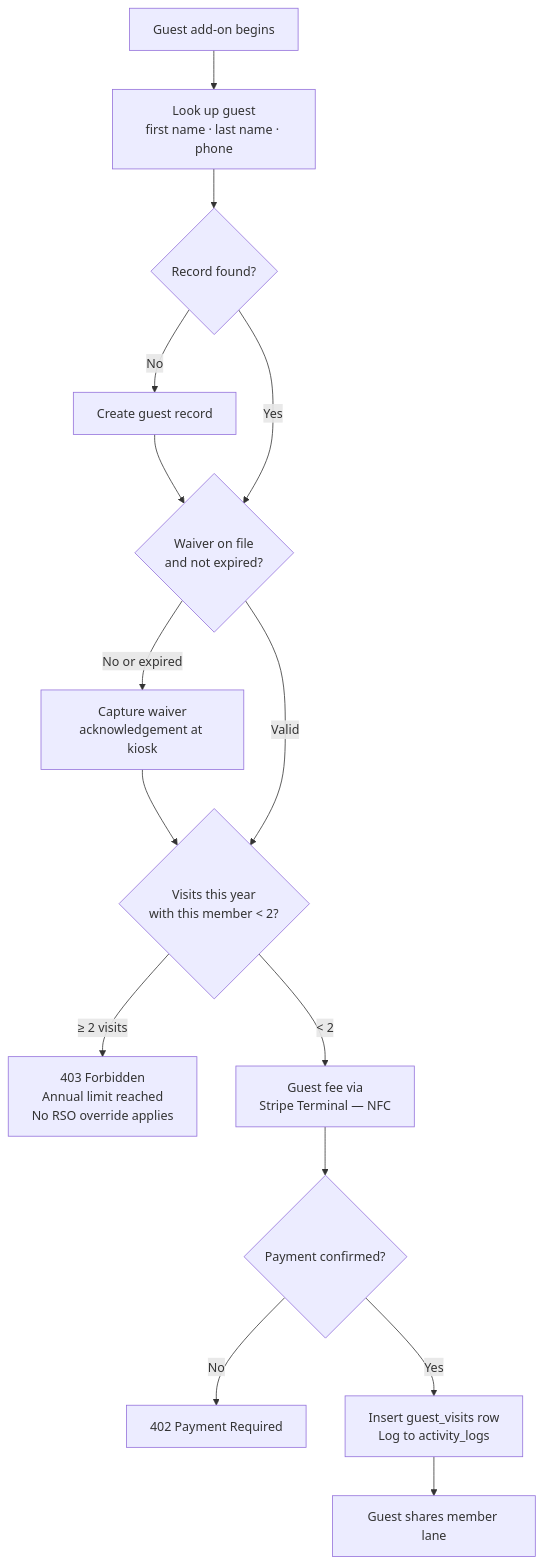
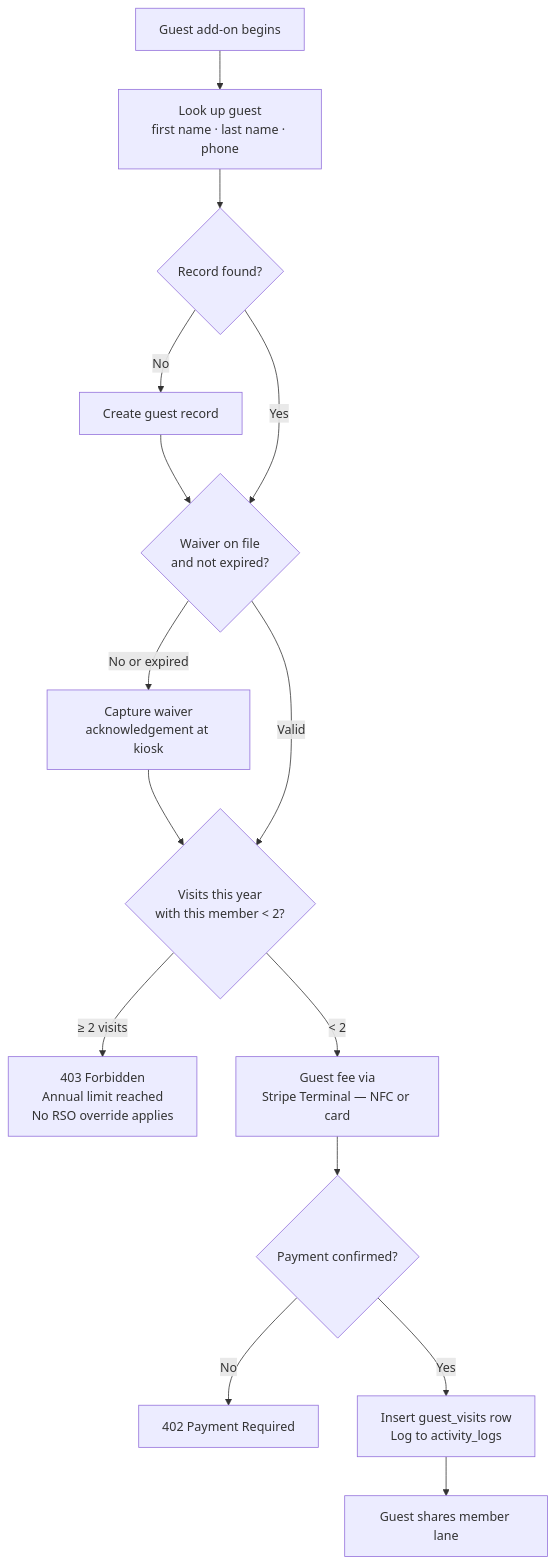
Before and after one commit to vrwmiller/outdoorsportsclub: the fourth of 6 diagrams in docs/design.md, drawn with Mermaid. The commit also changed other lines of this file, not shown here.

Commit message:
docs: kiosk dues payment via Stripe Terminal, NFC and card fallback

````diff
--- a/docs/design.md
+++ b/docs/design.md
@@ -149,28 +149,28 @@
 ```mermaid
 flowchart TD
     START["Guest add-on begins"]
     LOOKUP["Look up guest<br/>first name · last name · phone"]
     FOUND{"Record found?"}
     CREATE["Create guest record"]
     WAIVER_CHK{"Waiver on file<br/>and not expired?"}
     WAIVER_CAP["Capture waiver<br/>acknowledgement at kiosk"]
     LIMIT_CHK{"Visits this year<br/>with this member < 2?"}
     HARD_BLOCK["403 Forbidden<br/>Annual limit reached<br/>No RSO override applies"]
-    PAYMENT["Guest fee via<br/>Stripe Terminal — NFC"]
+    PAYMENT["Guest fee via<br/>Stripe Terminal — NFC or card"]
     PAY_OK{"Payment confirmed?"}
     PAY_FAIL["402 Payment Required"]
     INSERT["Insert guest_visits row<br/>Log to activity_logs"]
     DONE["Guest shares member lane"]
 
     START --> LOOKUP
     LOOKUP --> FOUND
     FOUND -->|No| CREATE --> WAIVER_CHK
     FOUND -->|Yes| WAIVER_CHK
     WAIVER_CHK -->|No or expired| WAIVER_CAP --> LIMIT_CHK
     WAIVER_CHK -->|Valid| LIMIT_CHK
     LIMIT_CHK -->|≥ 2 visits| HARD_BLOCK
     LIMIT_CHK -->|< 2| PAYMENT
     PAYMENT --> PAY_OK
     PAY_OK -->|No| PAY_FAIL
     PAY_OK -->|Yes| INSERT --> DONE
 ```
````
